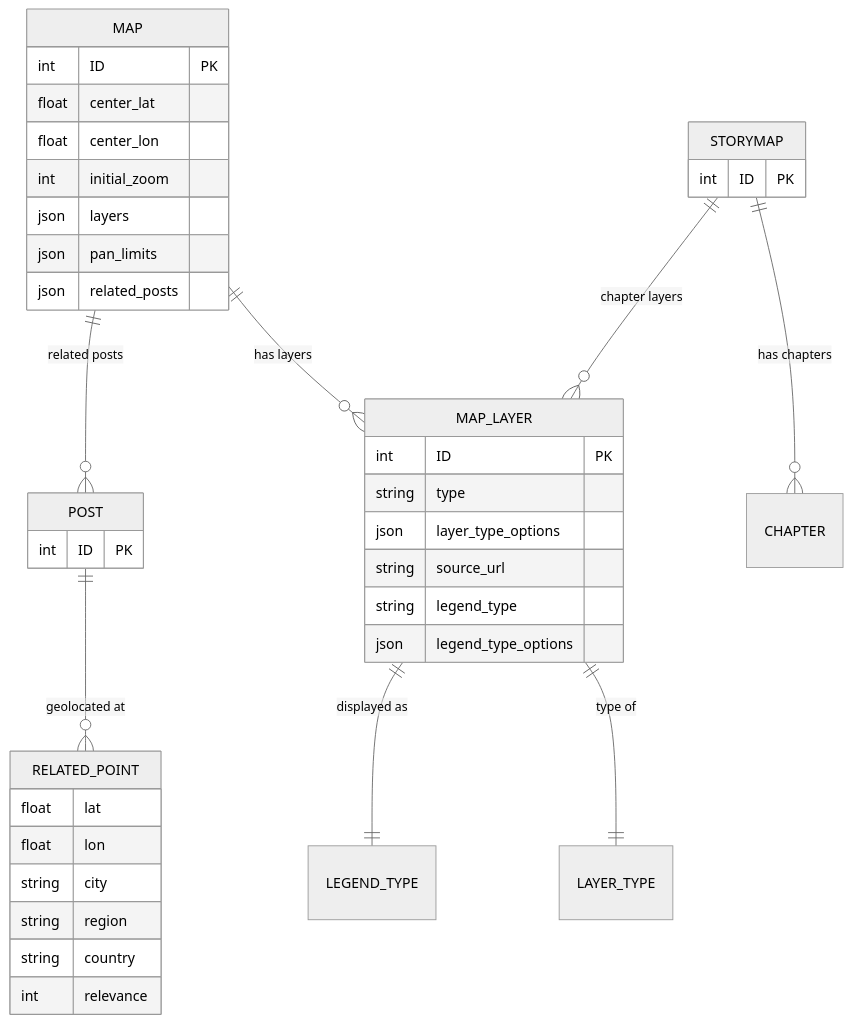
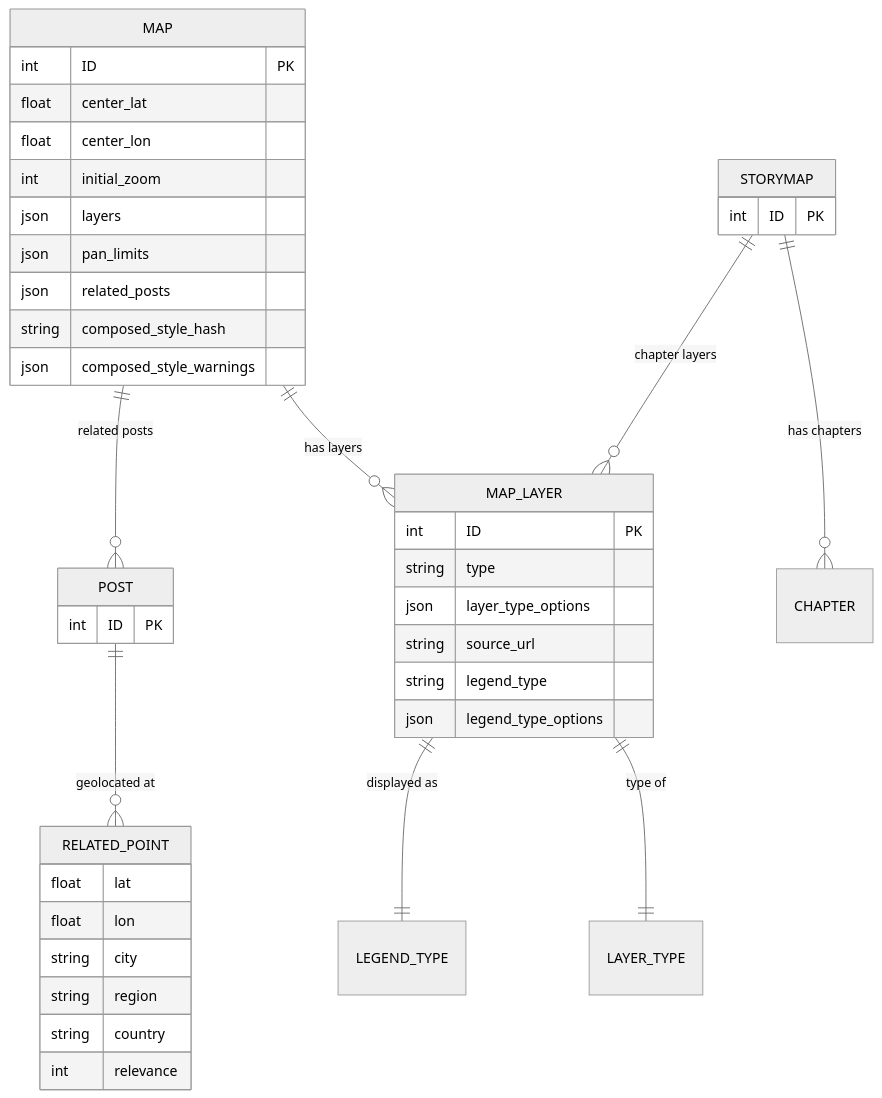
One commit to InfoAmazonia/jeo-plugin changed the second of 2 diagrams in .architecture/README.md. Above: the diagram before and after it, drawn with Mermaid (neutral theme). The commit also changed other lines of this file and 8 other files, not shown here.

Commit message:
Update architecture docs

````diff
--- a/.architecture/README.md
+++ b/.architecture/README.md
@@ -122,42 +129,44 @@
 ```mermaid
 erDiagram
     MAP ||--o{ MAP_LAYER : "has layers"
     MAP ||--o{ POST : "related posts"
     POST ||--o{ RELATED_POINT : "geolocated at"
     STORYMAP ||--o{ CHAPTER : "has chapters"
     STORYMAP ||--o{ MAP_LAYER : "chapter layers"
     MAP_LAYER ||--|| LAYER_TYPE : "type of"
     MAP_LAYER ||--|| LEGEND_TYPE : "displayed as"
 
     MAP {
         int ID PK
         float center_lat
         float center_lon
         int initial_zoom
         json layers
         json pan_limits
         json related_posts
+        string composed_style_hash
+        json composed_style_warnings
     }
     MAP_LAYER {
         int ID PK
         string type
         json layer_type_options
         string source_url
         string legend_type
         json legend_type_options
     }
     POST {
         int ID PK
     }
     RELATED_POINT {
         float lat
         float lon
         string city
         string region
         string country
         int relevance
     }
     STORYMAP {
         int ID PK
     }
 ```
````
